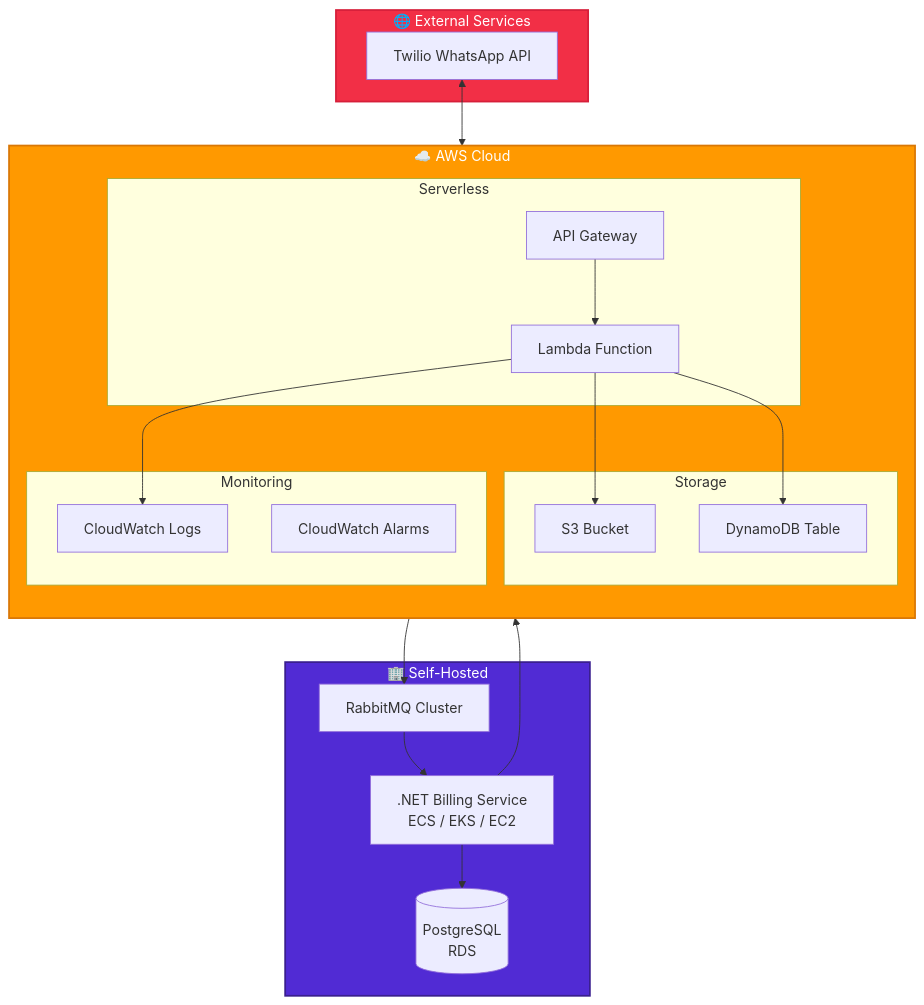
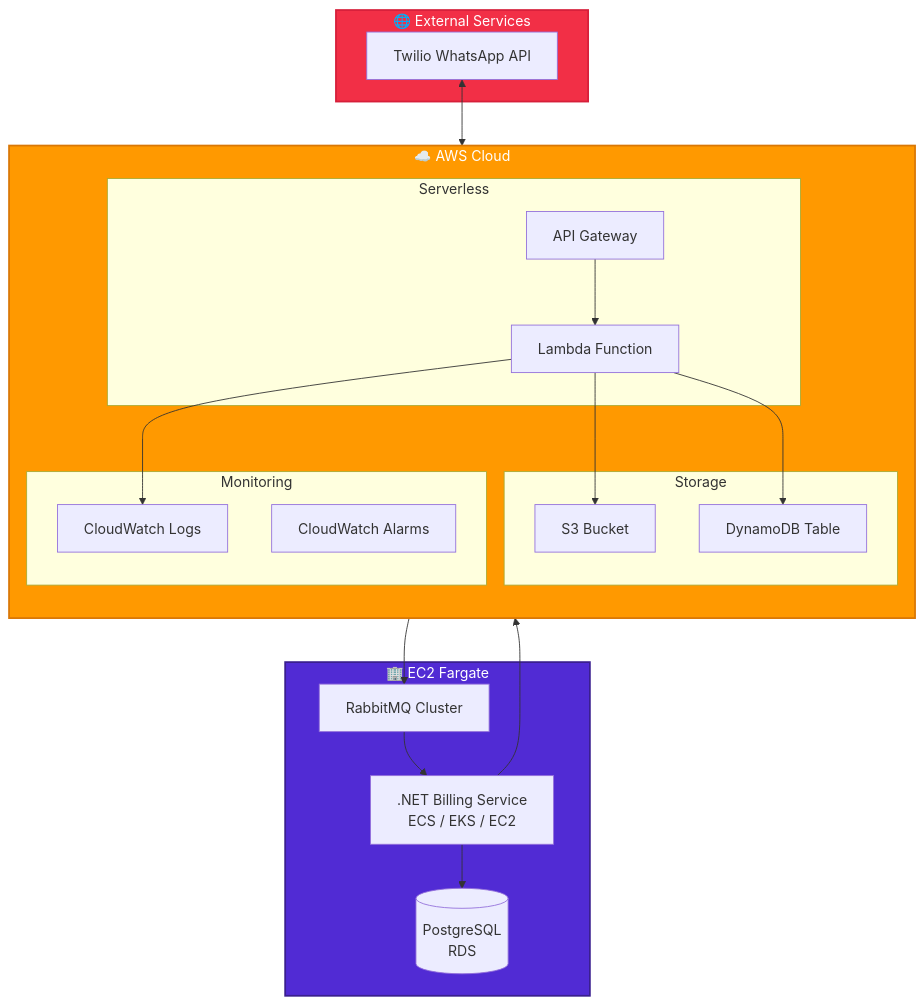
Before and after one commit to Mphozazo/Whatsapp-meter-reading-system: the sixth of 6 diagrams in README.md, drawn with Mermaid.

````diff
--- a/README.md
+++ b/README.md
@@ -423,44 +423,44 @@
 ```mermaid
  flowchart TB
     subgraph AWS["☁️ AWS Cloud"]
         direction TB
         subgraph Serverless["Serverless"]
             APIGW[API Gateway]
             Lambda[Lambda Function]
         end
         
         subgraph Storage["Storage"]
             S3[S3 Bucket]
             DynamoDB[DynamoDB Table]
         end
         
         subgraph Monitoring["Monitoring"]
             CloudWatch[CloudWatch Logs]
             Alarms[CloudWatch Alarms]
         end
     end
     
     subgraph External["🌐 External Services"]
         Twilio[Twilio WhatsApp API]
     end
     
-    subgraph OnPrem["🏢 Self-Hosted "]
+    subgraph OnPrem["🏢 EC2 Fargate "]
         RabbitMQ[RabbitMQ Cluster]
         BillingService[.NET Billing Service<br/>ECS / EKS / EC2]
         Database[(PostgreSQL<br/>RDS)]
     end
 
     Twilio <--> APIGW
     APIGW --> Lambda
     Lambda --> S3
     Lambda --> DynamoDB
     Lambda --> CloudWatch
     Lambda --> RabbitMQ
     RabbitMQ --> BillingService
     BillingService --> Database
     BillingService --> Alarms
 
     style AWS fill:#FF9900,stroke:#D97706,stroke-width:2px,color:#fff
     style External fill:#F22F46,stroke:#D61F3A,stroke-width:2px,color:#fff
     style OnPrem fill:#512BD4,stroke:#3A1F8F,stroke-width:2px,color:#fff
   ```
````
